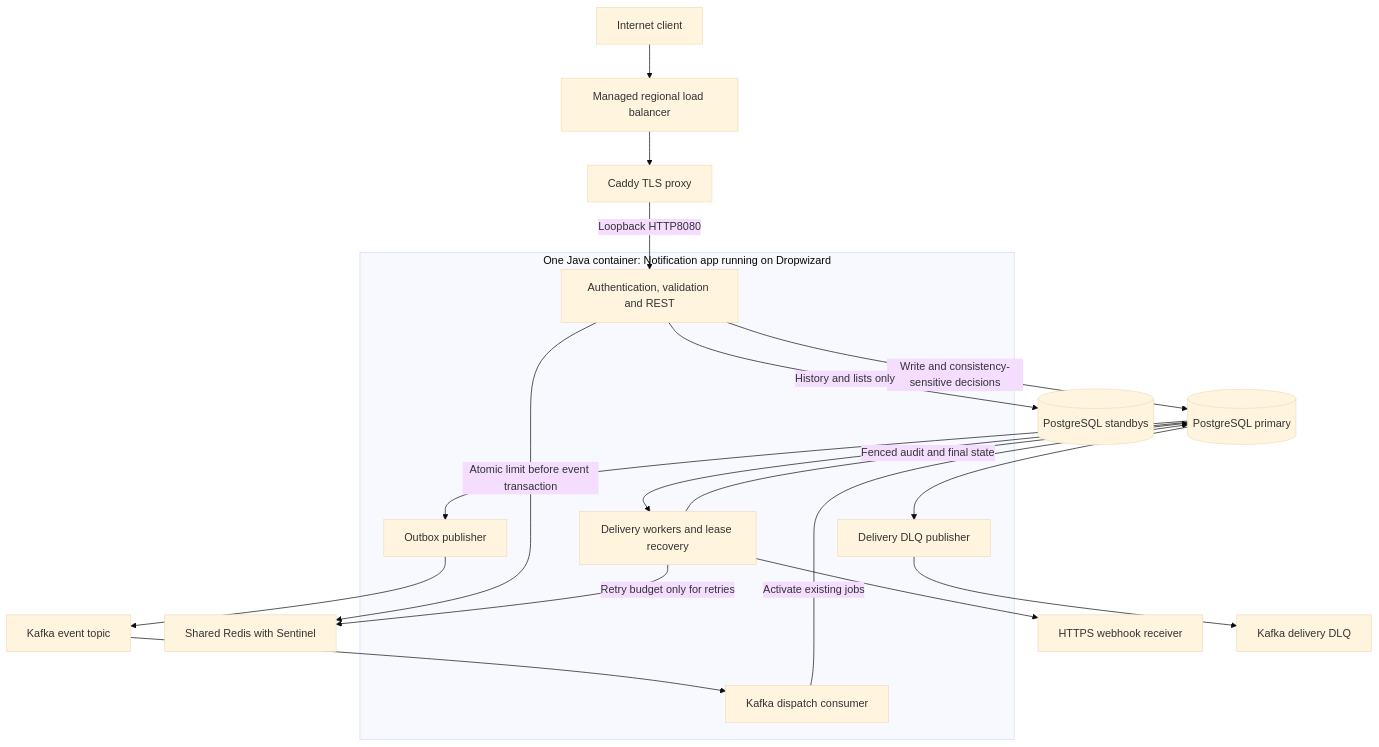
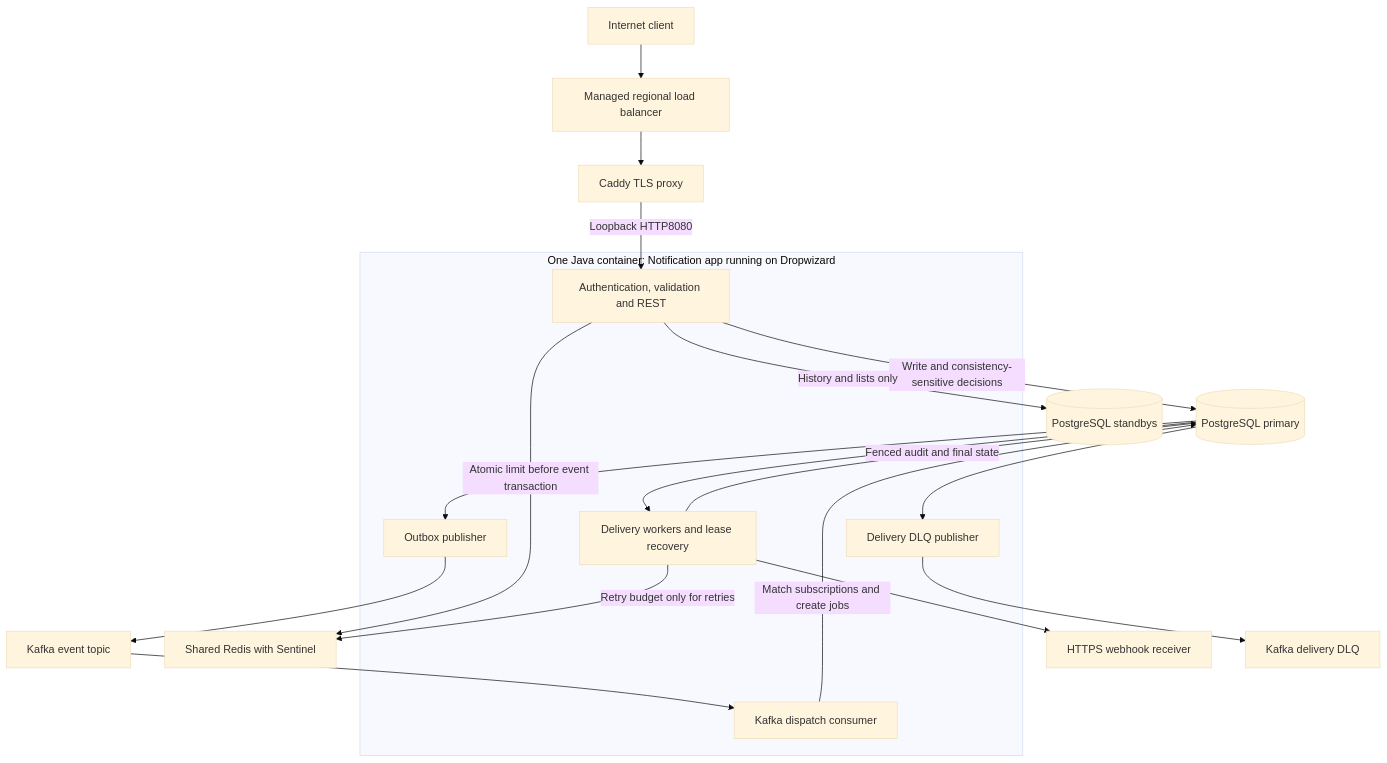
The second of 7 diagrams in docs/hld.md (Sahil2237/notification-fanout), drawn with Mermaid (base theme) before and after one commit. The commit also changed other lines of this file and 45 other files, not shown here.

````diff
--- a/docs/hld.md
+++ b/docs/hld.md
@@ -22,26 +24,26 @@
 ```mermaid
 flowchart TB
     I[Internet client] --> LB[Managed regional load balancer]
     LB --> C[Caddy TLS proxy]
     subgraph JVM[One Java container: Notification app running on Dropwizard]
         API[Authentication, validation and REST]
         O[Outbox publisher]
         K[Kafka dispatch consumer]
         W[Delivery workers and lease recovery]
         DL[Delivery DLQ publisher]
     end
     C -->|Loopback HTTP8080| API
     API -->|Atomic limit before event transaction| R[Shared Redis with Sentinel]
     API -->|Write and consistency-sensitive decisions| PG[(PostgreSQL primary)]
     API -->|History and lists only| RO[(PostgreSQL standbys)]
     PG --> O
     O --> B[Kafka event topic]
     B --> K
-    K -->|Activate existing jobs| PG
+    K -->|Match subscriptions and create jobs| PG
     PG --> W
     W -->|Retry budget only for retries| R
     W --> H[HTTPS webhook receiver]
     W -->|Fenced audit and final state| PG
     PG --> DL
     DL --> KD[Kafka delivery DLQ]
 ```
````
